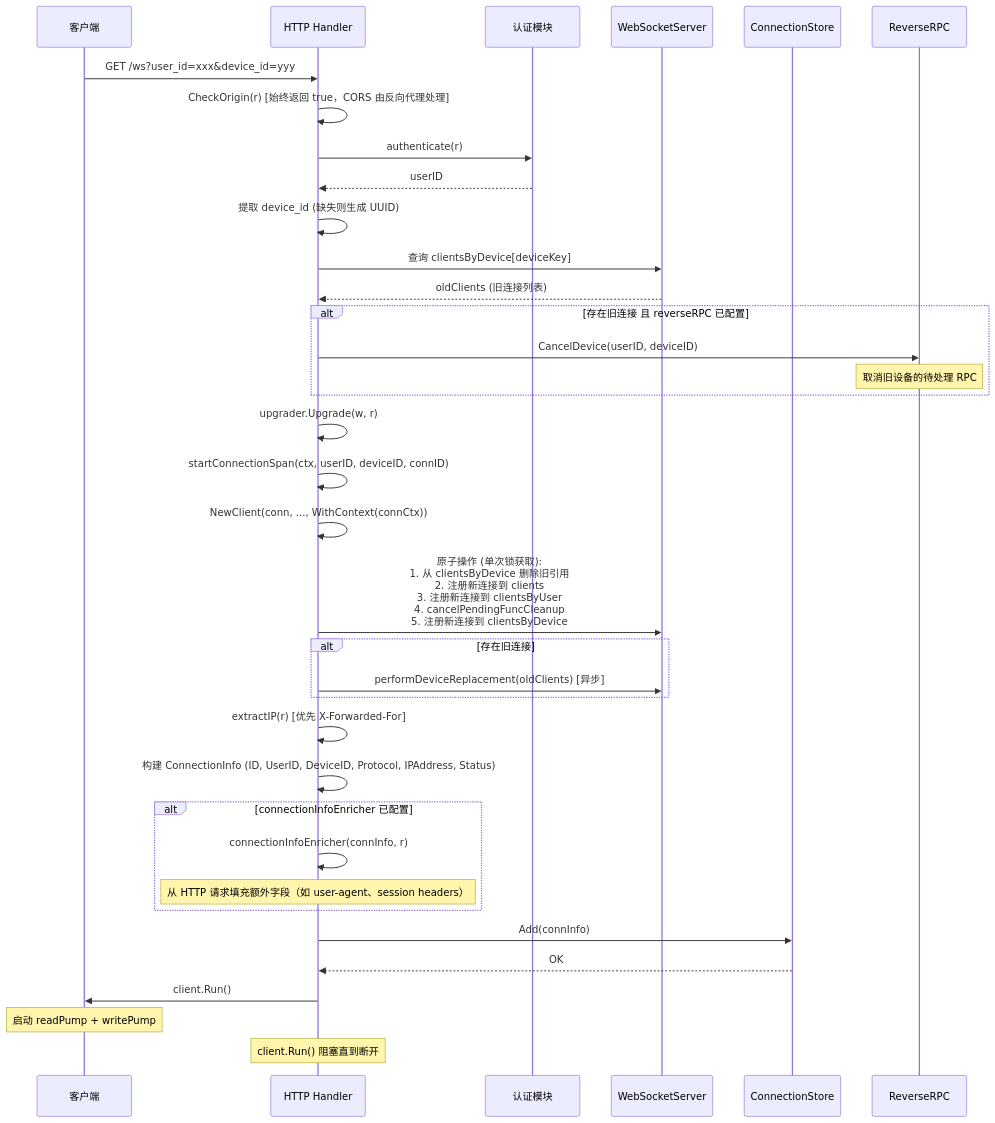
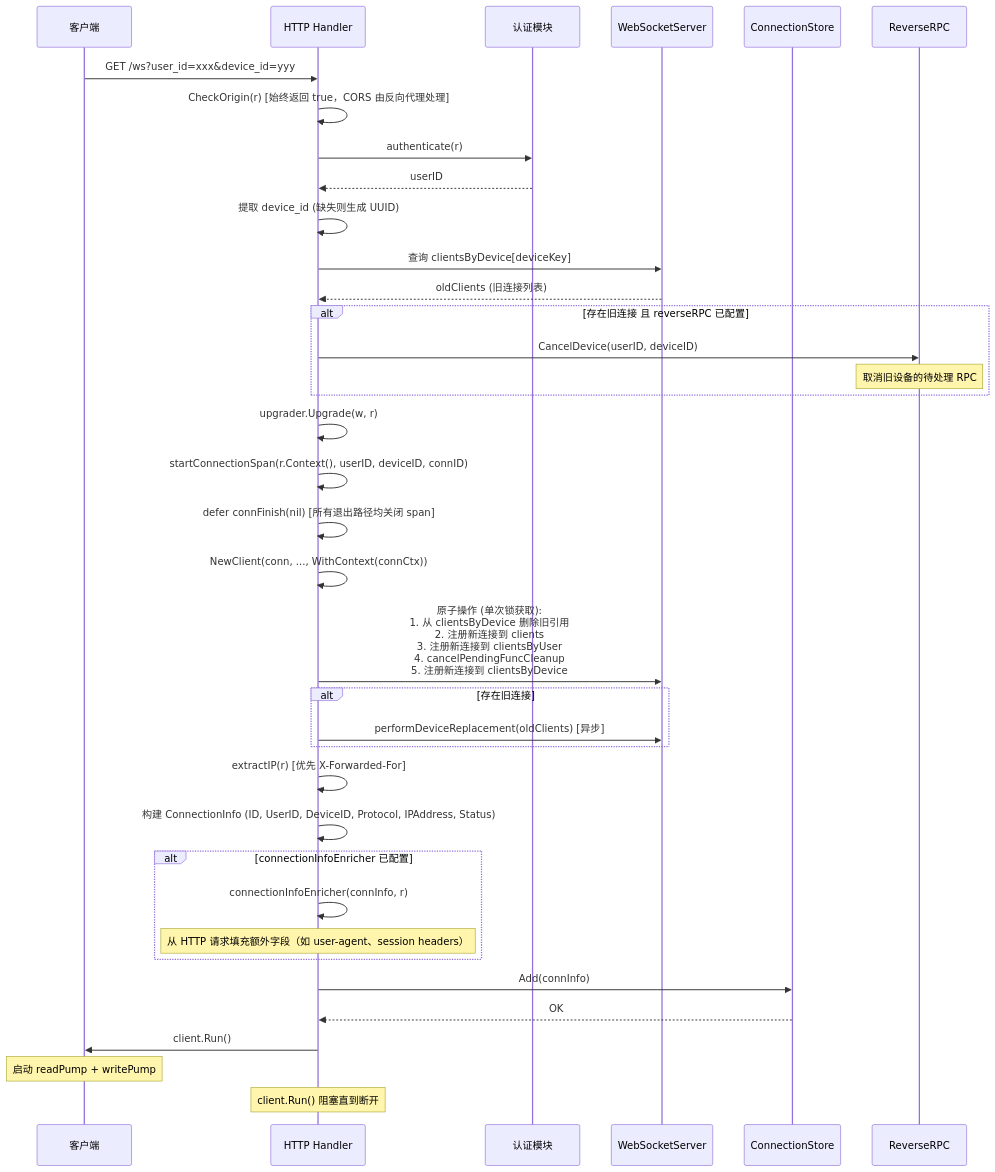
Before and after one commit to PineappleBond/xyncra-server: the first of 14 diagrams in wiki/flows/websocket-connection.md, drawn with Mermaid. The commit also changed other lines of this file and 22 other files, not shown here.

````diff
--- a/wiki/flows/websocket-connection.md
+++ b/wiki/flows/websocket-connection.md
@@ -16,46 +16,47 @@
 ```mermaid
 sequenceDiagram
     participant Client as 客户端
     participant HTTP as HTTP Handler
     participant Auth as 认证模块
     participant WS as WebSocketServer
     participant CS as ConnectionStore
     participant RR as ReverseRPC
 
     Client->>HTTP: GET /ws?user_id=xxx&device_id=yyy
     HTTP->>HTTP: CheckOrigin(r) [始终返回 true，CORS 由反向代理处理]
     HTTP->>Auth: authenticate(r)
     Auth-->>HTTP: userID
 
     HTTP->>HTTP: 提取 device_id (缺失则生成 UUID)
     HTTP->>WS: 查询 clientsByDevice[deviceKey]
     WS-->>HTTP: oldClients (旧连接列表)
 
     alt 存在旧连接 且 reverseRPC 已配置
         HTTP->>RR: CancelDevice(userID, deviceID)
         Note over RR: 取消旧设备的待处理 RPC
     end
 
     HTTP->>HTTP: upgrader.Upgrade(w, r)
-    HTTP->>HTTP: startConnectionSpan(ctx, userID, deviceID, connID)
+    HTTP->>HTTP: startConnectionSpan(r.Context(), userID, deviceID, connID)
+    HTTP->>HTTP: defer connFinish(nil) [所有退出路径均关闭 span]
     HTTP->>HTTP: NewClient(conn, ..., WithContext(connCtx))
     HTTP->>WS: 原子操作 (单次锁获取):<br/>1. 从 clientsByDevice 删除旧引用<br/>2. 注册新连接到 clients<br/>3. 注册新连接到 clientsByUser<br/>4. cancelPendingFuncCleanup<br/>5. 注册新连接到 clientsByDevice
 
     alt 存在旧连接
         HTTP->>WS: performDeviceReplacement(oldClients) [异步]
     end
 
     HTTP->>HTTP: extractIP(r) [优先 X-Forwarded-For]
     HTTP->>HTTP: 构建 ConnectionInfo (ID, UserID, DeviceID, Protocol, IPAddress, Status)
     alt connectionInfoEnricher 已配置
         HTTP->>HTTP: connectionInfoEnricher(connInfo, r)
         Note over HTTP: 从 HTTP 请求填充额外字段（如 user-agent、session headers）
     end
     HTTP->>CS: Add(connInfo)
     CS-->>HTTP: OK
 
     HTTP->>Client: client.Run()
     Note over Client: 启动 readPump + writePump
 
     Note over HTTP: client.Run() 阻塞直到断开
 ```
````
